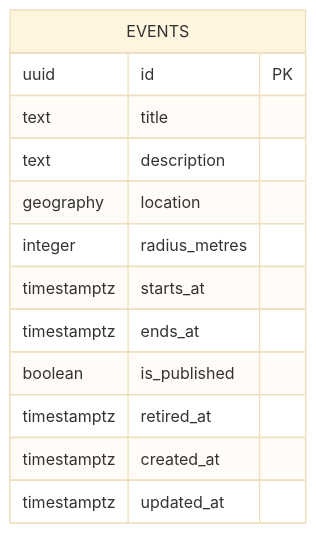
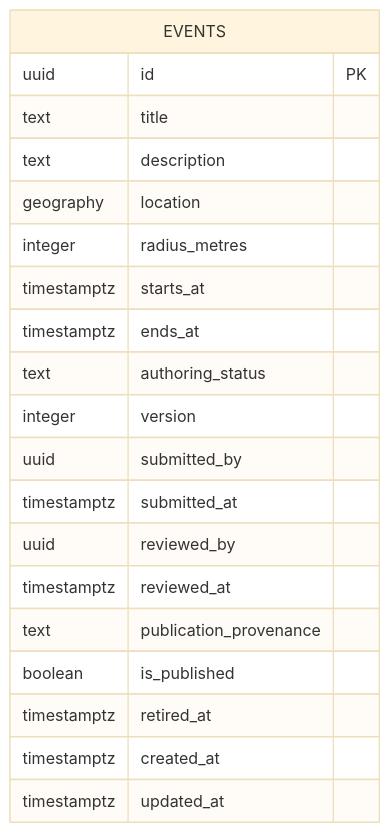
One commit to Gradient-Ascenders/Wits-World changed the diagram in docs/database/event-schema.md. Above: the diagram before and after it, drawn with Mermaid (base theme). The commit also changed other lines of this file and 58 other files, not shown here.

````diff
--- a/docs/database/event-schema.md
+++ b/docs/database/event-schema.md
@@ -15,16 +14,23 @@
 ```mermaid
 erDiagram
   EVENTS {
     uuid id PK
     text title
     text description
     geography location
     integer radius_metres
     timestamptz starts_at
     timestamptz ends_at
+    text authoring_status
+    integer version
+    uuid submitted_by
+    timestamptz submitted_at
+    uuid reviewed_by
+    timestamptz reviewed_at
+    text publication_provenance
     boolean is_published
     timestamptz retired_at
     timestamptz created_at
     timestamptz updated_at
   }
 ```
````
